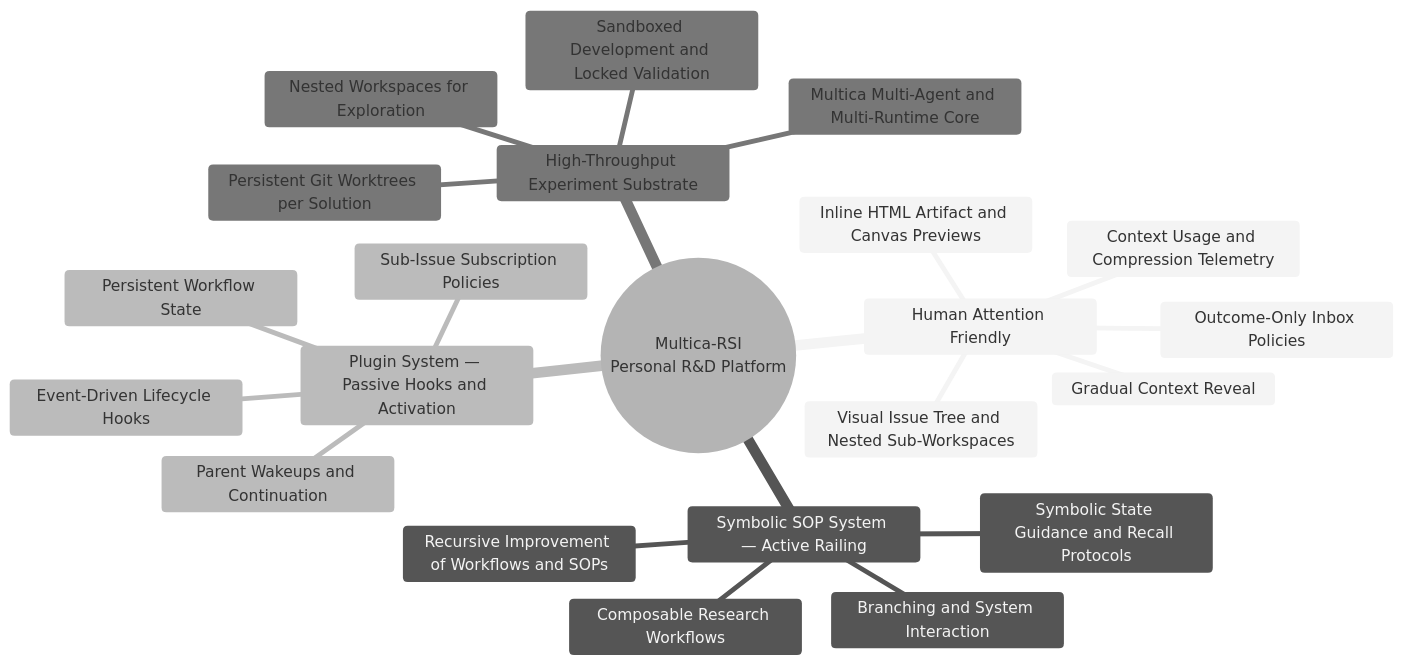
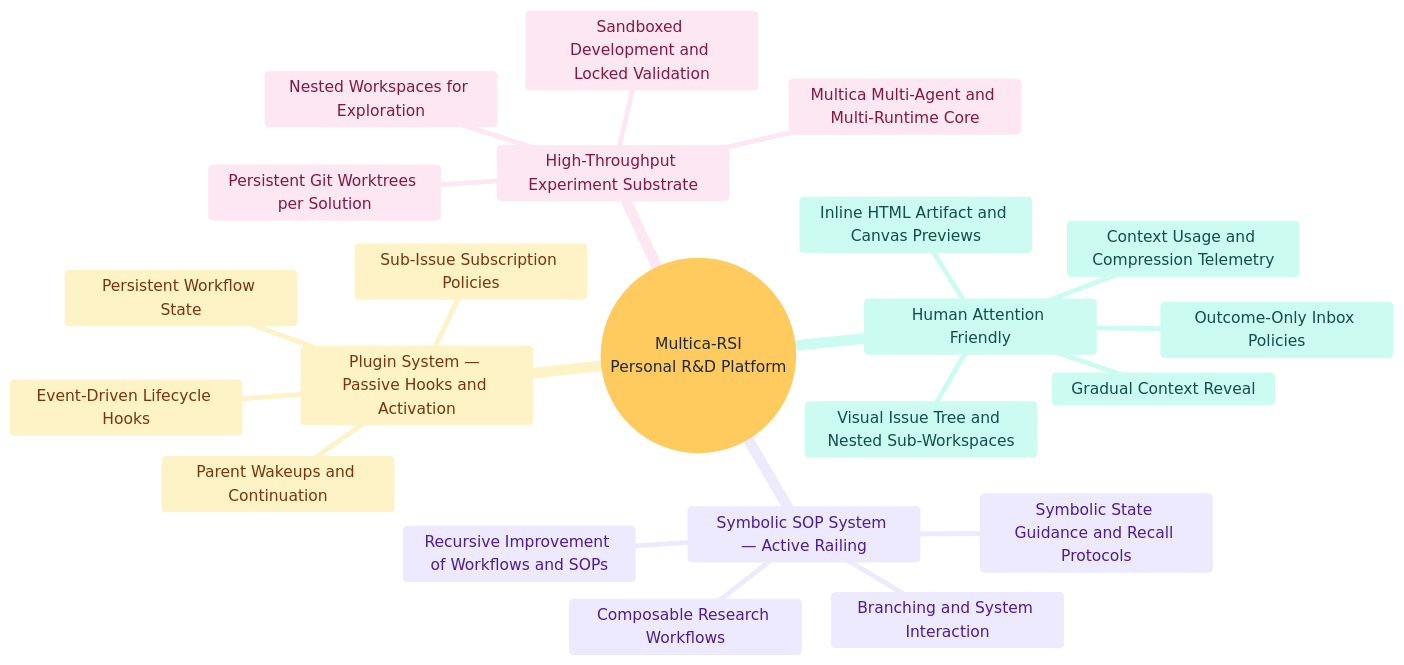
The second of 2 diagrams in README.md (Winfred666/multica-RSI), drawn with Mermaid before and after one commit. The commit also changed other lines of this file and 8 other files, not shown here.

````diff
--- a/README.md
+++ b/README.md
@@ -41,26 +48,26 @@
 ```mermaid
-%%{init: {'theme': 'neutral'}}%%
+%%{init: {'theme': 'base', 'themeVariables': {'primaryTextColor': '#1e293b', 'lineColor': '#94a3b8', 'cScale0': '#dbeafe', 'cScale1': '#ccfbf1', 'cScale2': '#ede9fe', 'cScale3': '#fef3c7', 'cScale4': '#fce7f3', 'cScaleLabel0': '#1e3a5f', 'cScaleLabel1': '#134e4a', 'cScaleLabel2': '#4c1d95', 'cScaleLabel3': '#78350f', 'cScaleLabel4': '#831843'}}}%%
 mindmap
   root((Multica-RSI<br/>Personal R&D Platform))
     Human Attention Friendly
       Gradual Context Reveal
       Outcome-Only Inbox Policies
       Visual Issue Tree and Nested Sub-Workspaces
       Inline HTML Artifact and Canvas Previews
       Context Usage and Compression Telemetry
     Symbolic SOP System — Active Railing
       Symbolic State Guidance and Recall Protocols
       Branching and System Interaction
       Composable Research Workflows
       Recursive Improvement of Workflows and SOPs
     Plugin System — Passive Hooks and Activation
       Event-Driven Lifecycle Hooks
       Parent Wakeups and Continuation
       Persistent Workflow State
       Sub-Issue Subscription Policies
     High-Throughput Experiment Substrate
       Nested Workspaces for Exploration
       Persistent Git Worktrees per Solution
       Sandboxed Development and Locked Validation
       Multica Multi-Agent and Multi-Runtime Core
 ```
````
